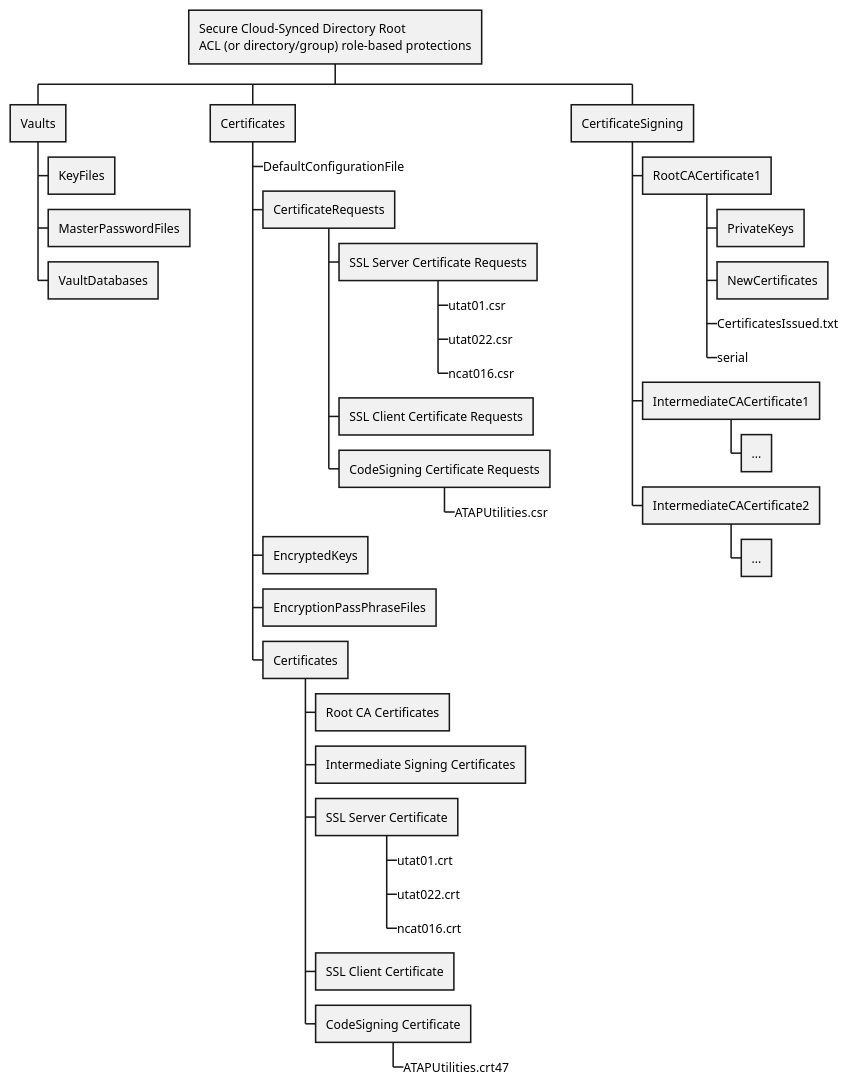
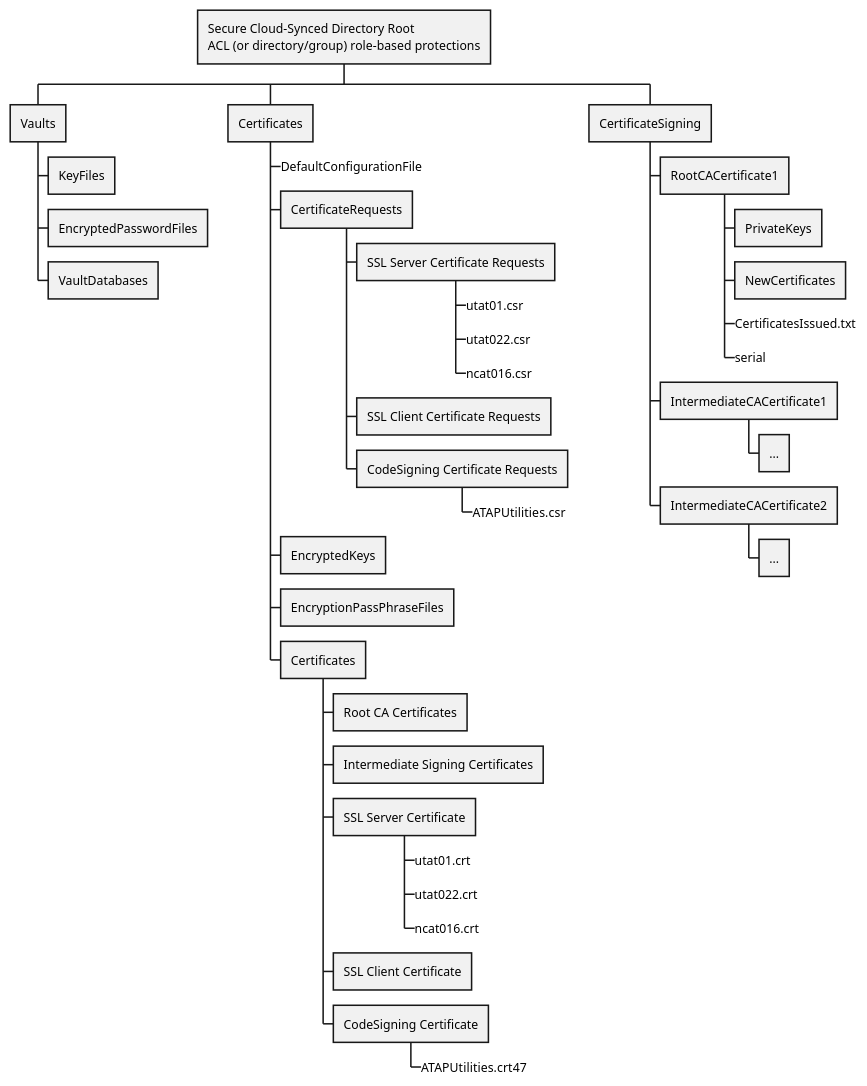
One commit to BillHertzing/ATAP.Utilities changed the second of 2 diagrams in SolutionDocumentation/Security Shift-Left.md. Above: the diagram before and after it, drawn with PlantUML. The commit also changed other lines of this file and 63 other files, not shown here.

````diff
--- a/SolutionDocumentation/Security Shift-Left.md
+++ b/SolutionDocumentation/Security Shift-Left.md
@@ -188,42 +188,42 @@
 ```PlantUML
 @startwbs
 *:Secure Cloud-Synced Directory Root
 ACL (or directory/group) role-based protections;
 ** Vaults
 *** KeyFiles
-*** MasterPasswordFiles
+*** EncryptedPasswordFiles
 *** VaultDatabases
 ** Certificates
 ***_ DefaultConfigurationFile
 *** CertificateRequests
 **** SSL Server Certificate Requests
 *****_ utat01.csr
 *****_ utat022.csr
 *****_ ncat016.csr
 **** SSL Client Certificate Requests
 **** CodeSigning Certificate Requests
 *****_ ATAPUtilities.csr
 *** EncryptedKeys
 *** EncryptionPassPhraseFiles
 *** Certificates
 **** Root CA Certificates
 **** Intermediate Signing Certificates
 **** SSL Server Certificate
 *****_ utat01.crt
 *****_ utat022.crt
 *****_ ncat016.crt
 **** SSL Client Certificate
 **** CodeSigning Certificate
 *****_ ATAPUtilities.crt47
 ** CertificateSigning
 *** RootCACertificate1
 **** PrivateKeys
 **** NewCertificates
 ****_ CertificatesIssued.txt
 ****_ serial
 *** IntermediateCACertificate1
 **** ...
 *** IntermediateCACertificate2
 **** ...
 @endwbs
 ```
````
